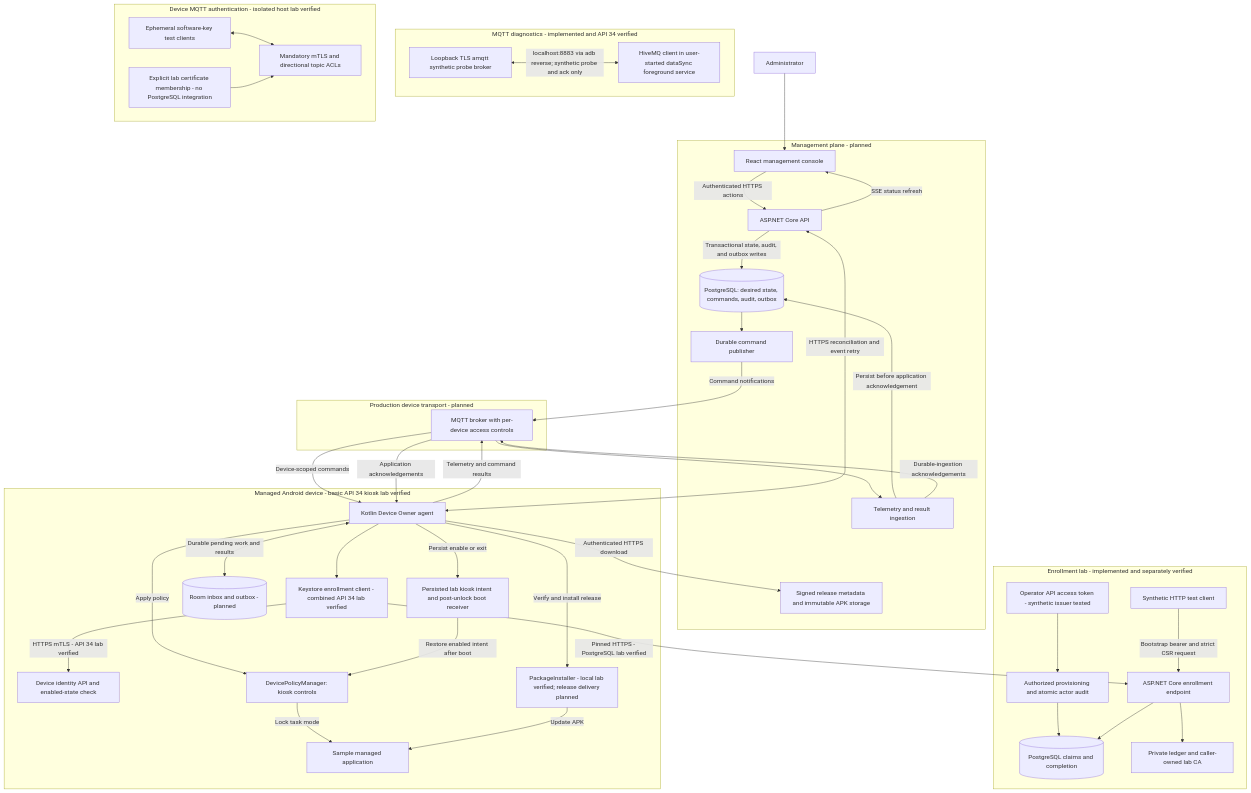
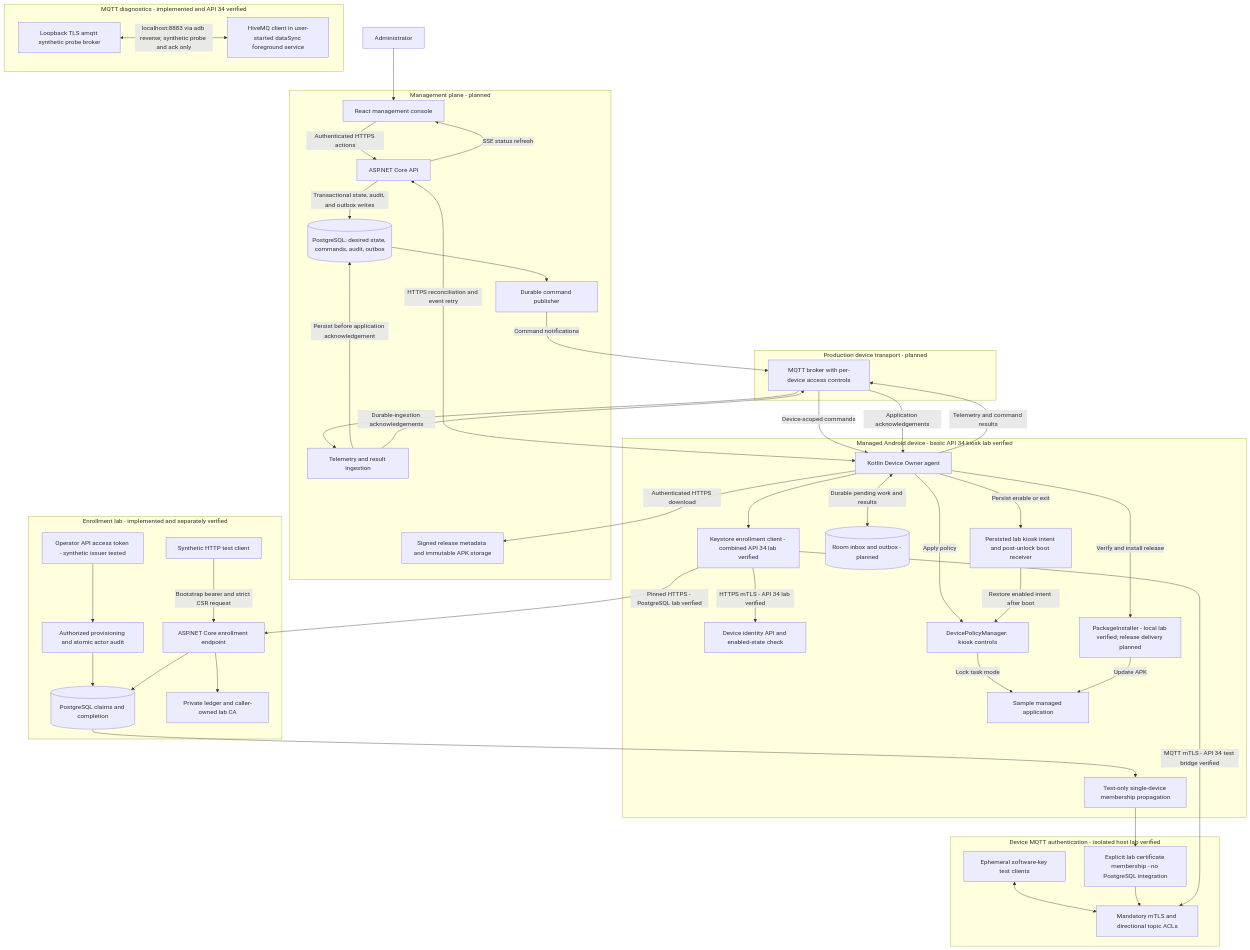
Before and after one commit to michaelnwanna/custom-android-mdm-agent: the diagram in README.md, drawn with Mermaid. The commit also changed other lines of this file and 459 other files, not shown here.

Commit message:
Verify enrolled Android Keystore MQTT with committed disable propagation

```diff
--- a/README.md
+++ b/README.md
@@ -98,6 +100,9 @@
 		Agent --> DeviceEnrollment
 		DeviceEnrollment -->|Pinned HTTPS - PostgreSQL lab verified| EnrollmentAPI
 		DeviceEnrollment -->|HTTPS mTLS - API 34 lab verified| DeviceIdentity[Device identity API and enabled-state check]
+		DeviceEnrollment -->|MQTT mTLS - API 34 test bridge verified| DeviceLabBroker
+		EnrollmentDB --> TestMembership[Test-only single-device membership propagation]
+		TestMembership --> LabMembership
 		Room[(Room inbox and outbox - planned)]
 		Policy[DevicePolicyManager: kiosk controls]
 		Boot[Persisted lab kiosk intent and post-unlock boot receiver]
```
